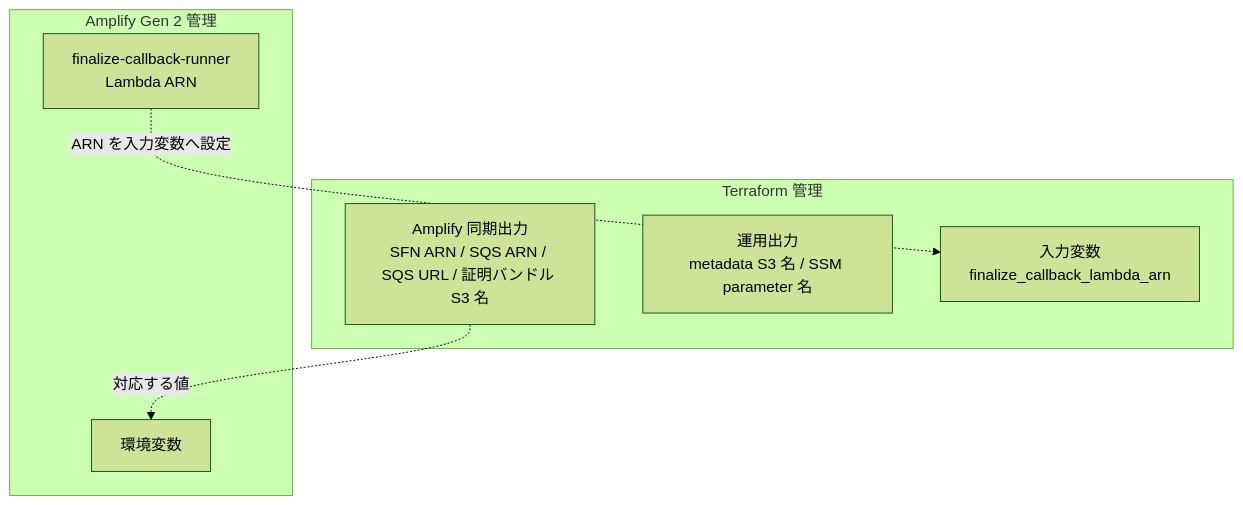
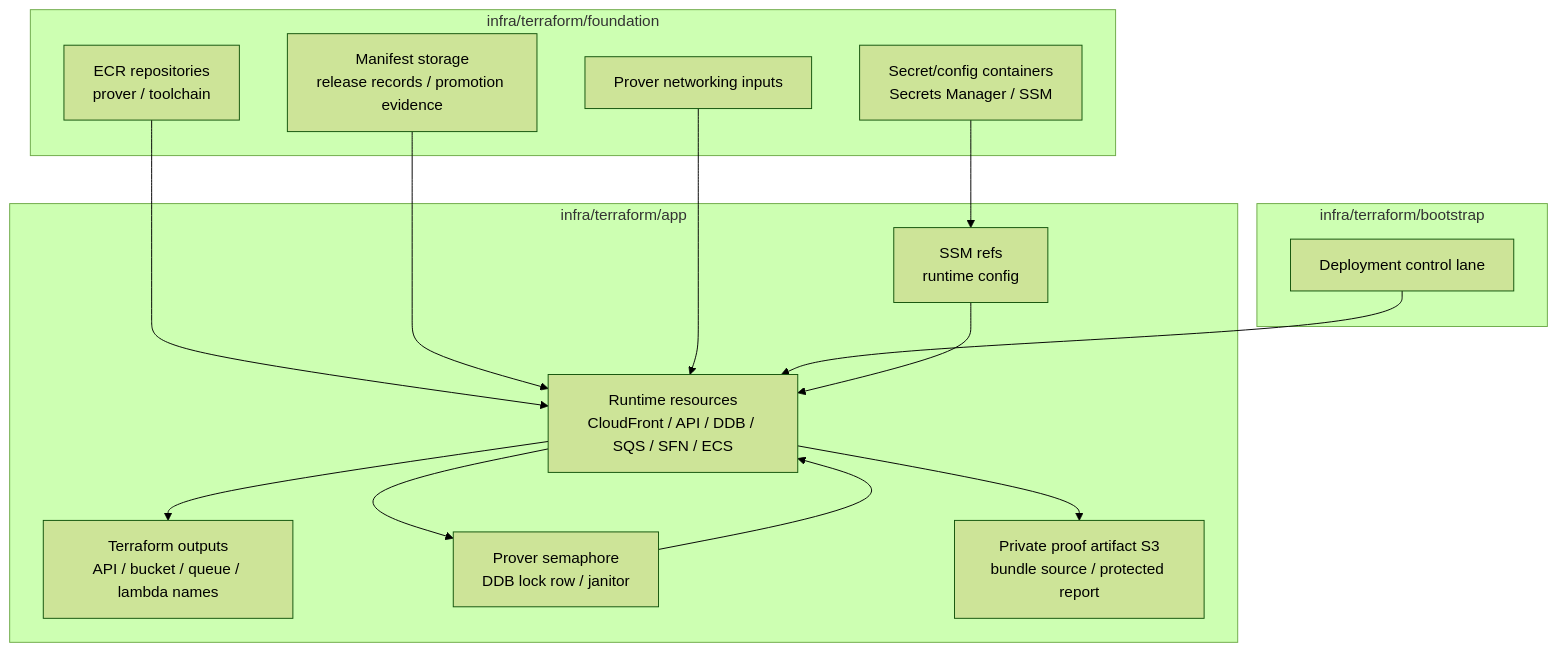
One commit to hwatanabe-jp/stark-ballot-simulator-public changed the diagram in public-book/src/aws/design-and-services.md. Above: the diagram before and after it, drawn with Mermaid (forest theme). The commit also changed other lines of this file and 1491 other files, not shown here.

````diff
--- a/public-book/src/aws/design-and-services.md
+++ b/public-book/src/aws/design-and-services.md
@@ -71,16 +113,32 @@
 ```mermaid
 flowchart TB
-  subgraph TF["Terraform 管理"]
-    OUT["Amplify 同期出力<br/>SFN ARN / SQS ARN / SQS URL / 証明バンドル S3 名"]
-    OPS["運用出力<br/>metadata S3 名 / SSM parameter 名"]
-    IN["入力変数<br/>finalize_callback_lambda_arn"]
+  subgraph FOUNDATION["infra/terraform/foundation"]
+    ECR["ECR repositories<br/>prover / toolchain"]
+    MANIFEST["Manifest storage<br/>release records / promotion evidence"]
+    CONFIG["Secret/config containers<br/>Secrets Manager / SSM"]
+    NET["Prover networking inputs"]
   end
 
-  subgraph AMP["Amplify Gen 2 管理"]
-    ENV["環境変数"]
-    CB["finalize-callback-runner<br/>Lambda ARN"]
+  subgraph APP["infra/terraform/app"]
+    OUT["Terraform outputs<br/>API / bucket / queue / lambda names"]
+    PARAM["SSM refs<br/>runtime config"]
+    RUNTIME["Runtime resources<br/>CloudFront / API / DDB / SQS / SFN / ECS"]
+    SEM["Prover semaphore<br/>DDB lock row / janitor"]
+    ARTIFACTS["Private proof artifact S3<br/>bundle source / protected report"]
   end
 
-  OUT -.対応する値.-> ENV
-  CB -.ARN を入力変数へ設定.-> IN
+  subgraph BOOT["infra/terraform/bootstrap"]
+    CONTROL["Deployment control lane"]
+  end
+
+  ECR --> RUNTIME
+  MANIFEST --> RUNTIME
+  CONFIG --> PARAM
+  NET --> RUNTIME
+  CONTROL --> RUNTIME
+  PARAM --> RUNTIME
+  RUNTIME --> SEM
+  SEM --> RUNTIME
+  RUNTIME --> ARTIFACTS
+  RUNTIME --> OUT
 ```
````
